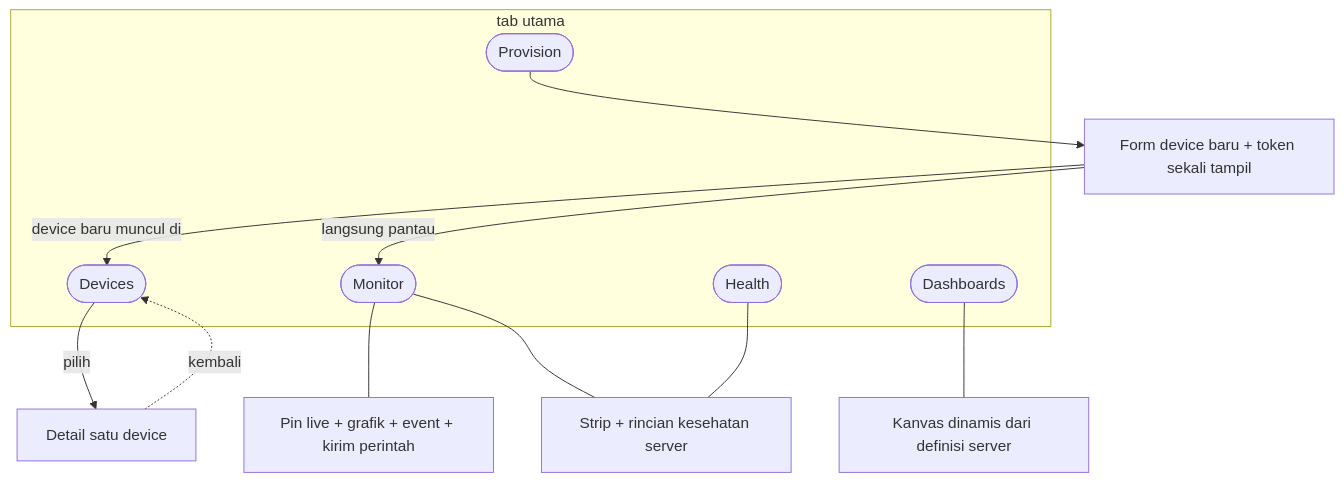
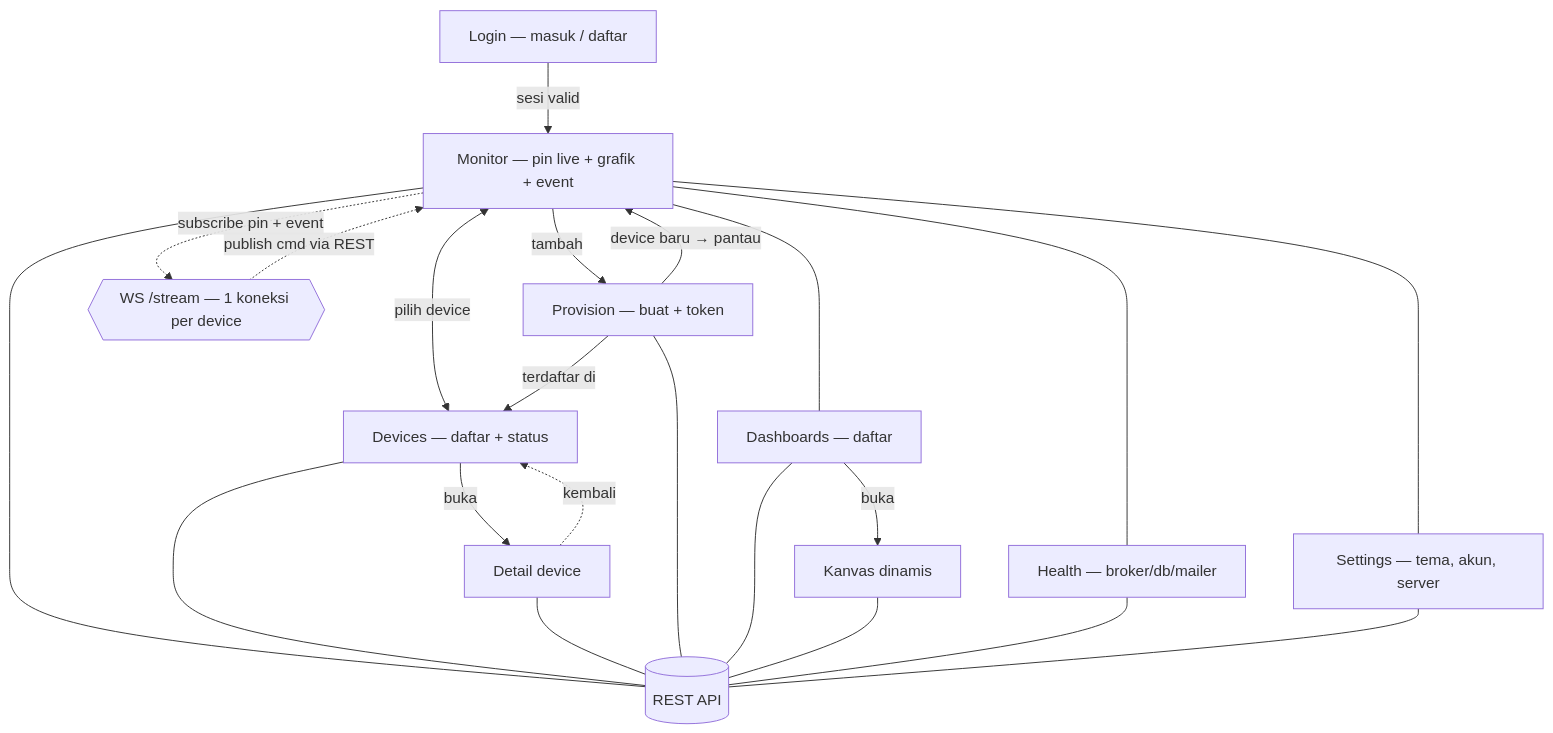
Before and after one commit to Andrisetianabrata/volta-IoT: the diagram in tasks/plan-webapp.md, drawn with Mermaid. The commit also changed other lines of this file and 1 other file, not shown here.

Commit message:
docs: peta live-wiring tab + task W14 Settings

````diff
--- a/tasks/plan-webapp.md
+++ b/tasks/plan-webapp.md
@@ -70,24 +74,36 @@
 ```mermaid
 flowchart TD
-    subgraph TABS ["tab utama"]
-        MON([Monitor])
-        DEVS([Devices])
-        PROV([Provision])
-        DASH([Dashboards])
-        HEALTH([Health])
-    end
-    PINS[Pin live + grafik + event + kirim perintah]
-    DET[Detail satu device]
-    FORM[Form device baru + token sekali tampil]
-    KANVAS[Kanvas dinamis dari definisi server]
-    STAT[Strip + rincian kesehatan server]
-    MON --- PINS
-    MON --- STAT
-    DEVS -->|"pilih"| DET
+    LOGIN["Login — masuk / daftar"]
+    MON["Monitor — pin live + grafik + event"]
+    DEVS["Devices — daftar + status"]
+    DET["Detail device"]
+    PROV["Provision — buat + token"]
+    DASH["Dashboards — daftar"]
+    KANVAS["Kanvas dinamis"]
+    HEALTH["Health — broker/db/mailer"]
+    SET["Settings — tema, akun, server"]
+    API[(REST API)]
+    WS{{"WS /stream — 1 koneksi per device"}}
+
+    LOGIN -->|"sesi valid"| MON
+    MON <-->|"pilih device"| DEVS
+    DEVS -->|"buka"| DET
     DET -.->|"kembali"| DEVS
-    PROV --> FORM
-    FORM -->|"device baru muncul di"| DEVS
-    FORM -->|"langsung pantau"| MON
-    DASH --- KANVAS
-    HEALTH --- STAT
+    MON -->|"tambah"| PROV
+    PROV -->|"device baru → pantau"| MON
+    PROV -->|"terdaftar di"| DEVS
+    DASH -->|"buka"| KANVAS
+    MON --- DASH
+    MON --- HEALTH
+    MON --- SET
+    MON -.->|"subscribe pin + event"| WS
+    WS -.->|"publish cmd via REST"| MON
+    MON --- API
+    DEVS --- API
+    DET --- API
+    PROV --- API
+    DASH --- API
+    KANVAS --- API
+    HEALTH --- API
+    SET --- API
 ```
````
